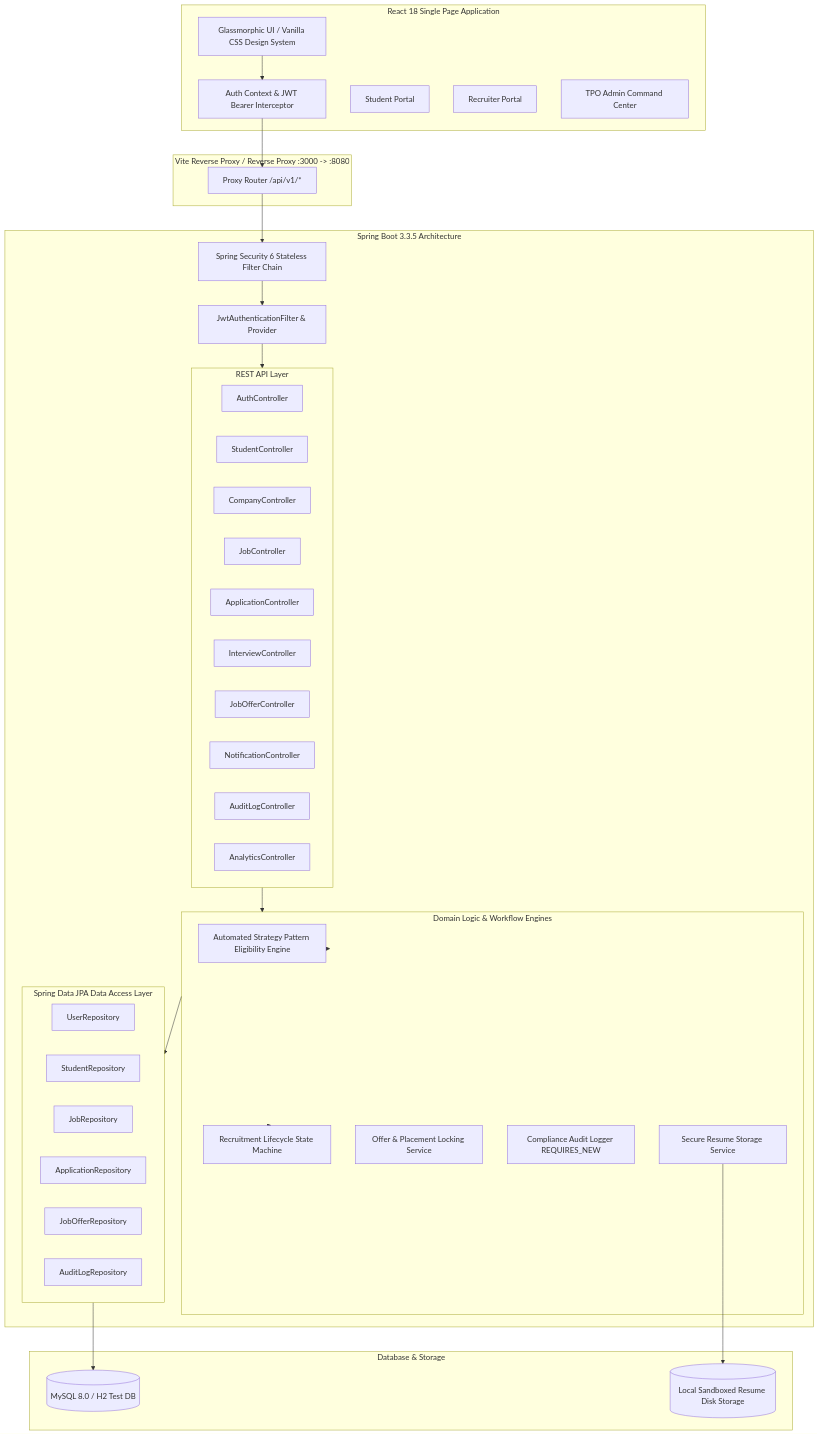
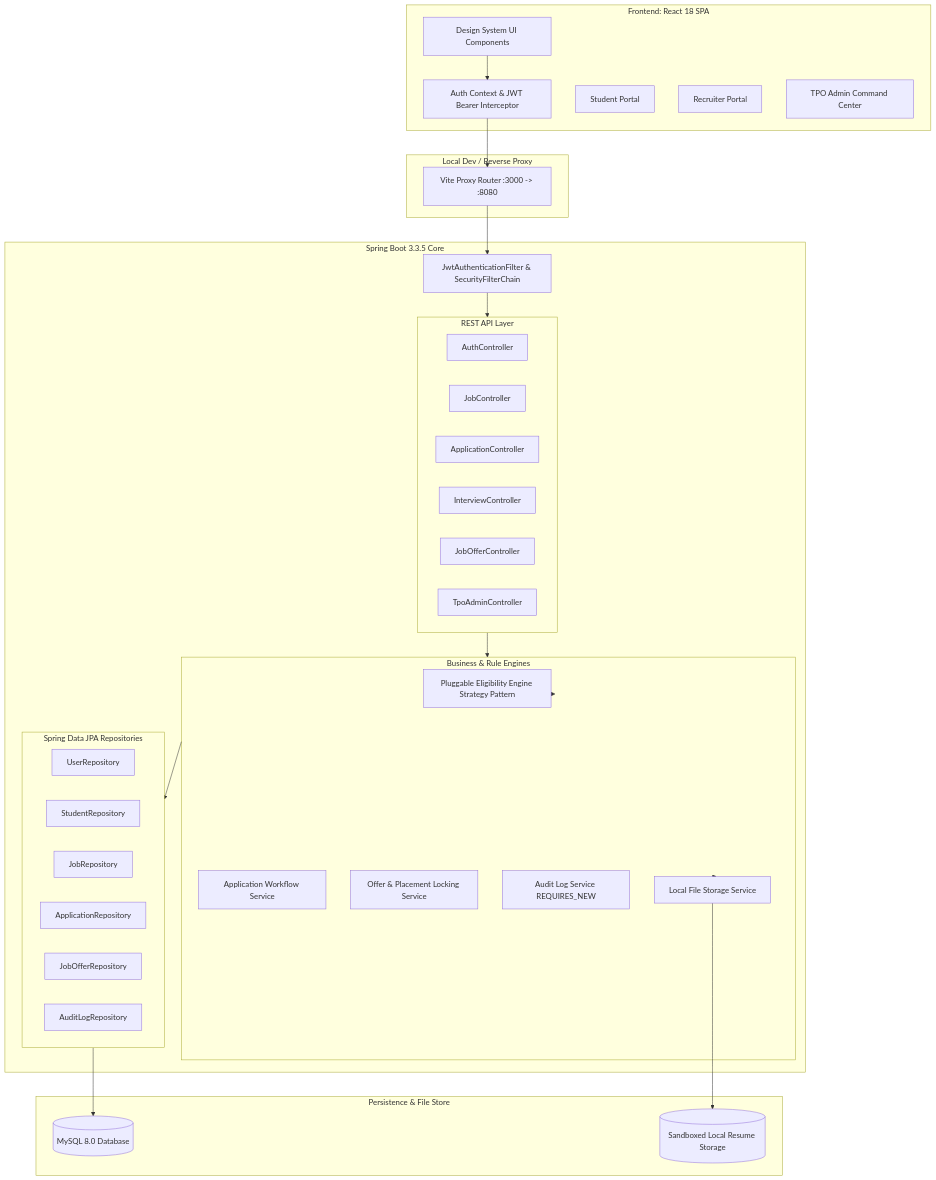
One commit to Abhinaw321/smart_placement changed the first of 2 diagrams in README.md. Above: the diagram before and after it, drawn with Mermaid. The commit also changed other lines of this file and 3 other files, not shown here.

````diff
--- a/README.md
+++ b/README.md
@@ -16,66 +68,60 @@
 ```mermaid
 graph TD
-    subgraph Frontend [React 18 Single Page Application]
-        UI[Glassmorphic UI / Vanilla CSS Design System]
-        AuthCtx[Auth Context & JWT Bearer Interceptor]
-        SPortal[Student Portal]
-        RPortal[Recruiter Portal]
-        TPortal[TPO Admin Command Center]
+    subgraph Client_Layer [Frontend: React 18 SPA]
+        UI[Design System UI Components]
+        AuthContext[Auth Context & JWT Bearer Interceptor]
+        StudentView[Student Portal]
+        RecruiterView[Recruiter Portal]
+        AdminView[TPO Admin Command Center]
     end
 
-    subgraph API_Gateway [Vite Reverse Proxy / Reverse Proxy :3000 -> :8080]
-        Proxy[Proxy Router /api/v1/*]
+    subgraph Gateway_Routing [Local Dev / Reverse Proxy]
+        Proxy[Vite Proxy Router :3000 -> :8080]
     end
 
-    subgraph Backend [Spring Boot 3.3.5 Architecture]
-        Sec[Spring Security 6 Stateless Filter Chain]
-        JWT[JwtAuthenticationFilter & Provider]
+    subgraph Backend_Layer [Spring Boot 3.3.5 Core]
+        SecurityFilter[JwtAuthenticationFilter & SecurityFilterChain]
         
-        subgraph Controllers [REST API Layer]
-            AuthCtrl[AuthController]
-            StudCtrl[StudentController]
-            CompCtrl[CompanyController]
-            JobCtrl[JobController]
-            AppCtrl[ApplicationController]
-            IntCtrl[InterviewController]
-            OffCtrl[JobOfferController]
-            NotifCtrl[NotificationController]
-            AuditCtrl[AuditLogController]
-            AnlCtrl[AnalyticsController]
+        subgraph REST_Controllers [REST API Layer]
+            AuthAPI[AuthController]
+            JobAPI[JobController]
+            AppAPI[ApplicationController]
+            IntAPI[InterviewController]
+            OfferAPI[JobOfferController]
+            AdminAPI[TpoAdminController]
         end
 
-        subgraph Core_Services [Domain Logic & Workflow Engines]
-            StrategyEngine[Automated Strategy Pattern Eligibility Engine]
-            WorkflowEngine[Recruitment Lifecycle State Machine]
+        subgraph Service_Engines [Business & Rule Engines]
+            EligEngine[Pluggable Eligibility Engine Strategy Pattern]
+            AppWorkflow[Application Workflow Service]
             OfferService[Offer & Placement Locking Service]
-            AuditService[Compliance Audit Logger REQUIRES_NEW]
-            FileService[Secure Resume Storage Service]
+            AuditService[Audit Log Service REQUIRES_NEW]
+            FileStore[Local File Storage Service]
         end
 
-        subgraph Repositories [Spring Data JPA Data Access Layer]
+        subgraph Repositories [Spring Data JPA Repositories]
             UserRepo[UserRepository]
-            StudRepo[StudentRepository]
+            StudentRepo[StudentRepository]
             JobRepo[JobRepository]
             AppRepo[ApplicationRepository]
             OfferRepo[JobOfferRepository]
             AuditRepo[AuditLogRepository]
         end
     end
 
-    subgraph Persistence [Database & Storage]
-        MySQL[(MySQL 8.0 / H2 Test DB)]
-        DiskStore[(Local Sandboxed Resume Disk Storage)]
+    subgraph Storage_Layer [Persistence & File Store]
+        MySQL[(MySQL 8.0 Database)]
+        Disk[(Sandboxed Local Resume Storage)]
     end
 
-    UI --> AuthCtx
-    AuthCtx --> Proxy
-    Proxy --> Sec
-    Sec --> JWT
-    JWT --> Controllers
-    Controllers --> Core_Services
-    Core_Services --> StrategyEngine
-    Core_Services --> WorkflowEngine
-    Core_Services --> Repositories
+    UI --> AuthContext
+    AuthContext --> Proxy
+    Proxy --> SecurityFilter
+    SecurityFilter --> REST_Controllers
+    REST_Controllers --> Service_Engines
+    Service_Engines --> EligEngine
+    Service_Engines --> Repositories
+    Service_Engines --> FileStore
     Repositories --> MySQL
-    FileService --> DiskStore
+    FileStore --> Disk
 ```
````
